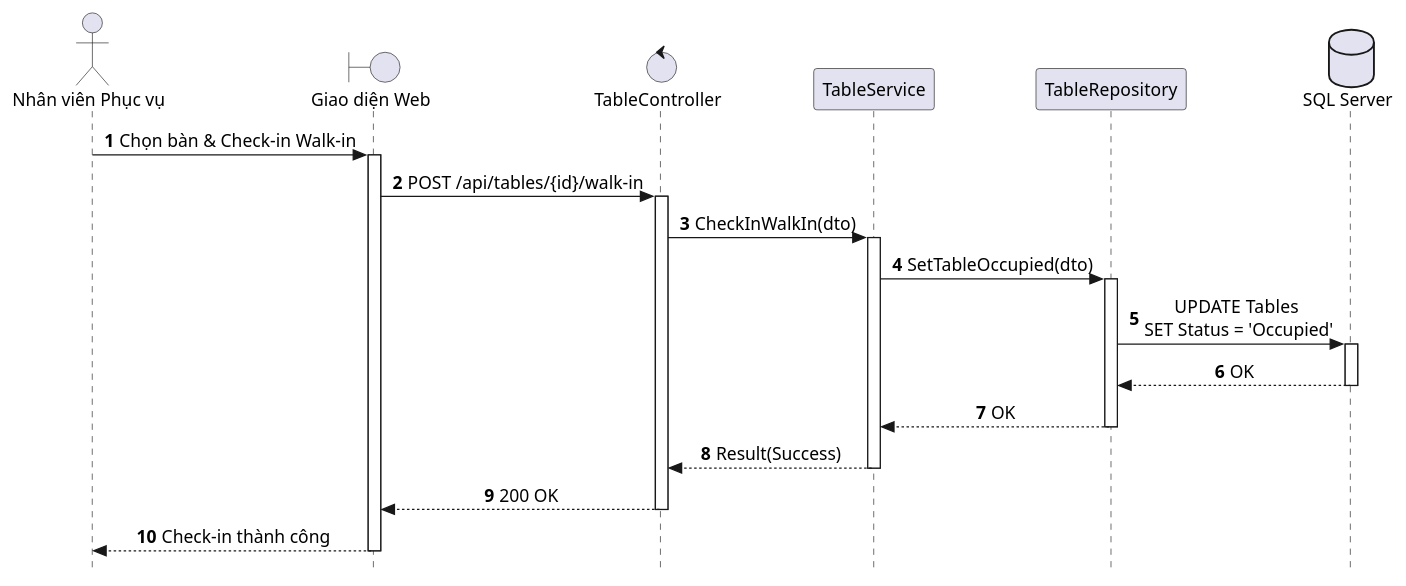
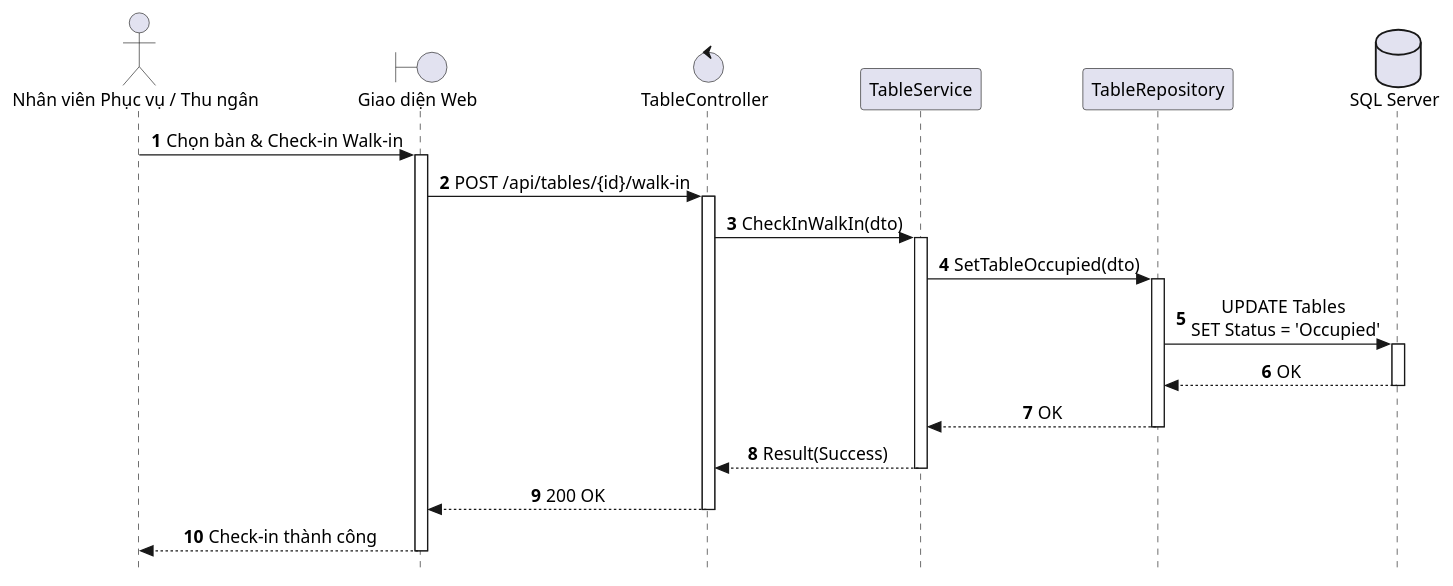
Before and after one commit to AndrewQng/VinDining: the diagram in docs/puml/sequences/SD_UC_E6_2_CheckIn_WalkIn.puml, drawn with PlantUML. The commit also changed 74 other files, not shown here.

Commit message:
docs: add phase 1 documentation, drawio diagrams, and sequence puml files

```diff
--- a/docs/puml/sequences/SD_UC_E6_2_CheckIn_WalkIn.puml
+++ b/docs/puml/sequences/SD_UC_E6_2_CheckIn_WalkIn.puml
@@ -1,45 +1,45 @@
 @startuml SD_UC_E6_2_CheckIn_WalkIn
 autonumber
 skinparam style strictuml
 skinparam sequenceMessageAlign center
 skinparam responseMessageBelowArrow true
 skinparam defaultFontName "Segoe UI", Arial, sans-serif
 skinparam defaultFontSize 14
 
-actor "Nhân viên Phục vụ" as Waitstaff
+actor "Nhân viên Phục vụ / Thu ngân" as Staff
 boundary "Giao diện Web" as UI
 control "TableController" as Controller
 participant "TableService" as Service
 participant "TableRepository" as Repo
 database "SQL Server" as DB
 
-Waitstaff -> UI: Chọn bàn & Check-in Walk-in
+Staff -> UI: Chọn bàn & Check-in Walk-in
 activate UI
 
 UI -> Controller: POST /api/tables/{id}/walk-in
 activate Controller
 
 Controller -> Service: CheckInWalkIn(dto)
 activate Service
 
 Service -> Repo: SetTableOccupied(dto)
 activate Repo
 
 Repo -> DB: UPDATE Tables \nSET Status = 'Occupied'
 activate DB
 DB --> Repo: OK
 deactivate DB
 
 Repo --> Service: OK
 deactivate Repo
 
 Service --> Controller: Result(Success)
 deactivate Service
 
 Controller --> UI: 200 OK
 deactivate Controller
 
-UI --> Waitstaff: Check-in thành công
+UI --> Staff: Check-in thành công
 deactivate UI
 
 @enduml
```
